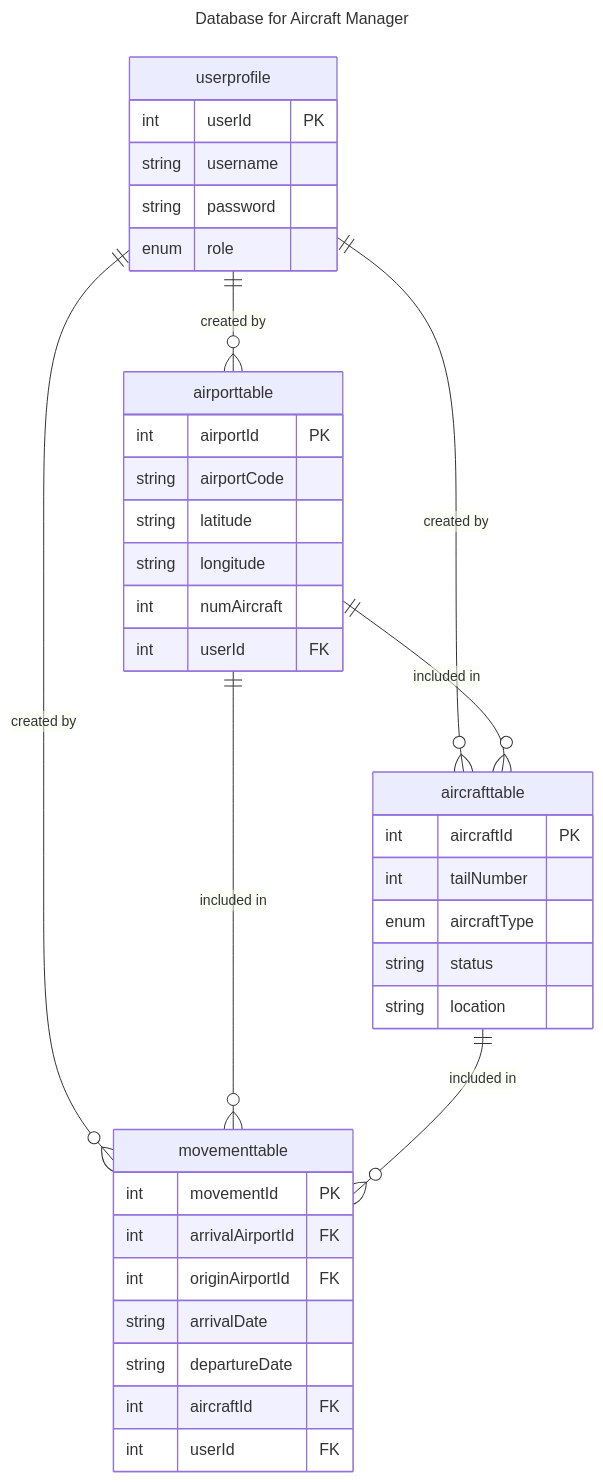
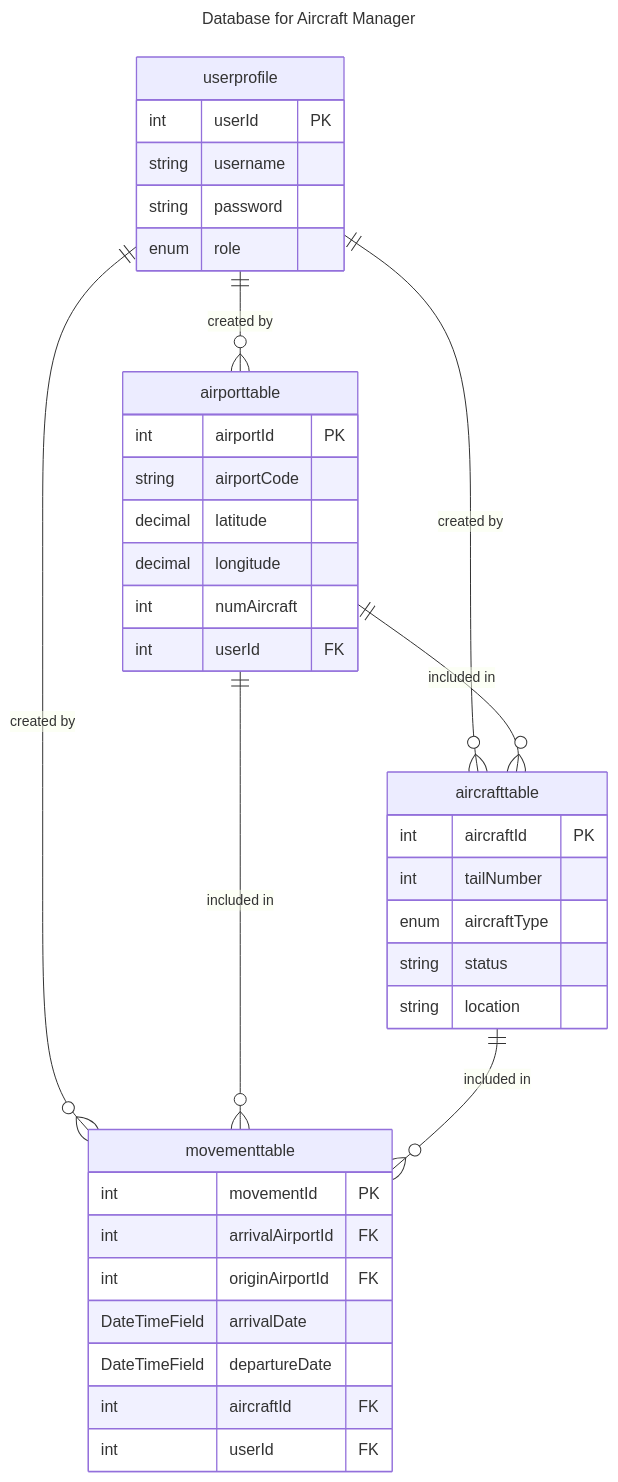
Before and after one commit to imhe6/cs506-team-project: the second of 3 diagrams in README.md, drawn with Mermaid. The commit also changed other lines of this file and 2 other files, not shown here.

````diff
--- a/README.md
+++ b/README.md
@@ -222,46 +222,46 @@
 ```mermaid
 ---
 title: Database for Aircraft Manager
 ---
 erDiagram
     userprofile ||--o{ aircrafttable : "created by"
     userprofile ||--o{ airporttable : "created by"
     userprofile ||--o{ movementtable : "created by"
     airporttable ||--o{ movementtable : "included in"
     aircrafttable ||--o{ movementtable : "included in"
     airporttable ||--o{ aircrafttable : "included in"
 
     userprofile {
         int userId PK
         string username
         string password
         enum role
     }
 
     aircrafttable {
         int aircraftId PK
         int tailNumber
         enum aircraftType
         string status
         string location
     }
 
     airporttable {
         int airportId PK
         string airportCode
-        string latitude
-        string longitude
+        decimal latitude
+        decimal longitude
         int numAircraft
         int userId FK
     }
 
     movementtable {
         int movementId PK
         int arrivalAirportId FK
         int originAirportId FK
-        string arrivalDate
-        string departureDate
+        DateTimeField arrivalDate
+        DateTimeField departureDate
         int aircraftId FK
         int userId FK
     }
 ```
````
